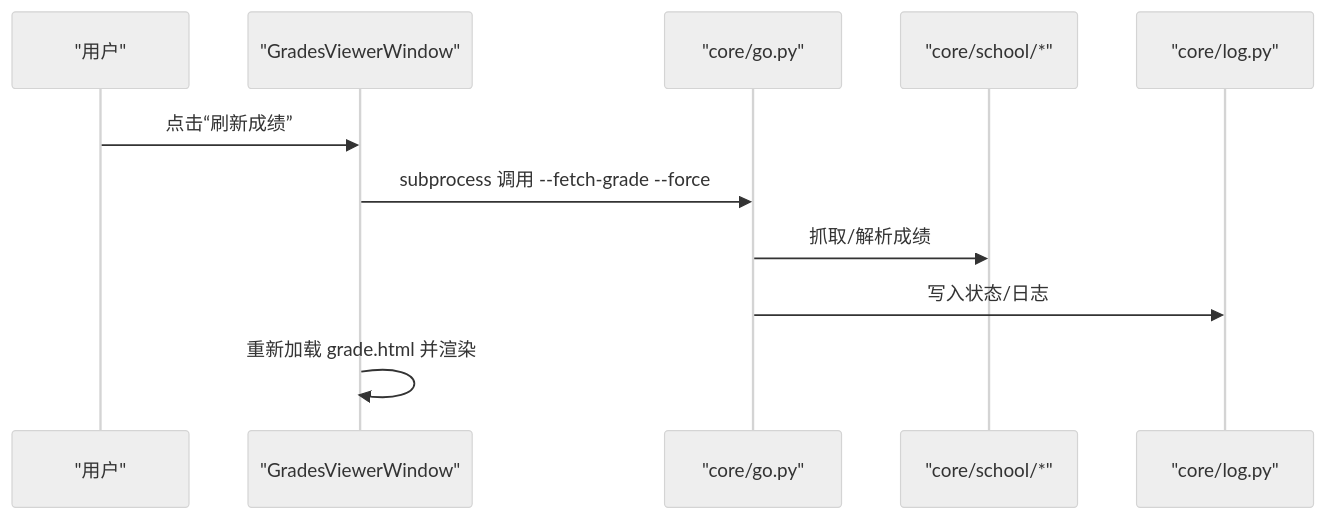
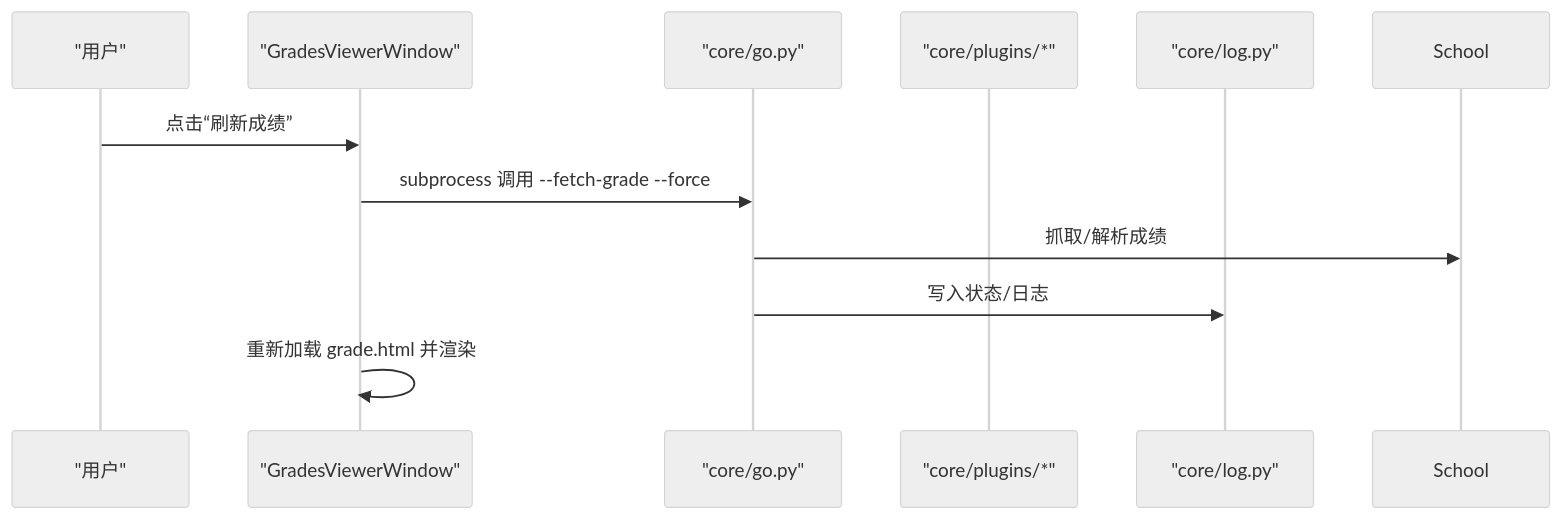
One commit to pjnt9372/Capture_Push changed the fifth of 7 diagrams in .wiki/zh/content/图形用户界面/主窗口与应用入口.md. Above: the diagram before and after it, drawn with Mermaid (neutral theme). The commit also changed other lines of this file and 37 other files, not shown here.

````diff
--- a/.wiki/zh/content/图形用户界面/主窗口与应用入口.md
+++ b/.wiki/zh/content/图形用户界面/主窗口与应用入口.md
@@ -261,13 +261,13 @@
 ```mermaid
 sequenceDiagram
 participant User as "用户"
 participant GW as "GradesViewerWindow"
 participant Core as "core/go.py"
-participant School as "core/school/*"
+participant Plugins as "core/plugins/*"
 participant Log as "core/log.py"
 User->>GW : 点击“刷新成绩”
 GW->>Core : subprocess 调用 --fetch-grade --force
 Core->>School : 抓取/解析成绩
 Core->>Log : 写入状态/日志
 GW->>GW : 重新加载 grade.html 并渲染
 ```
````
